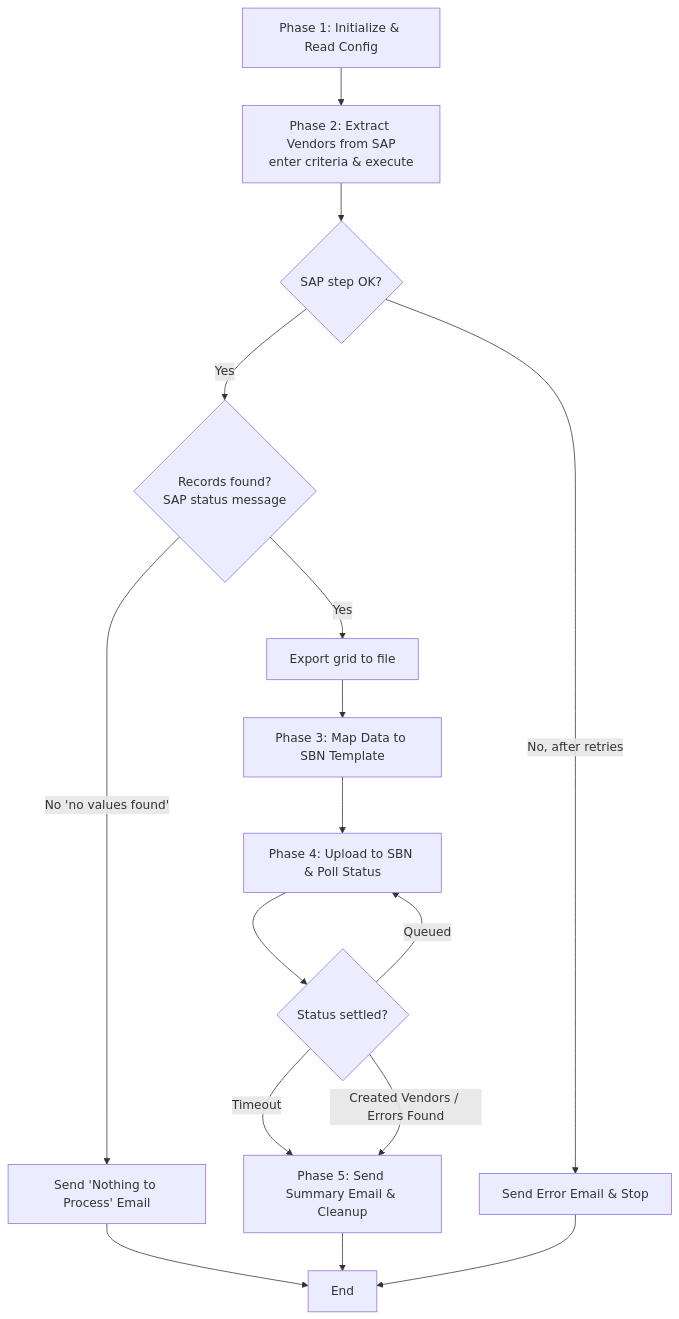
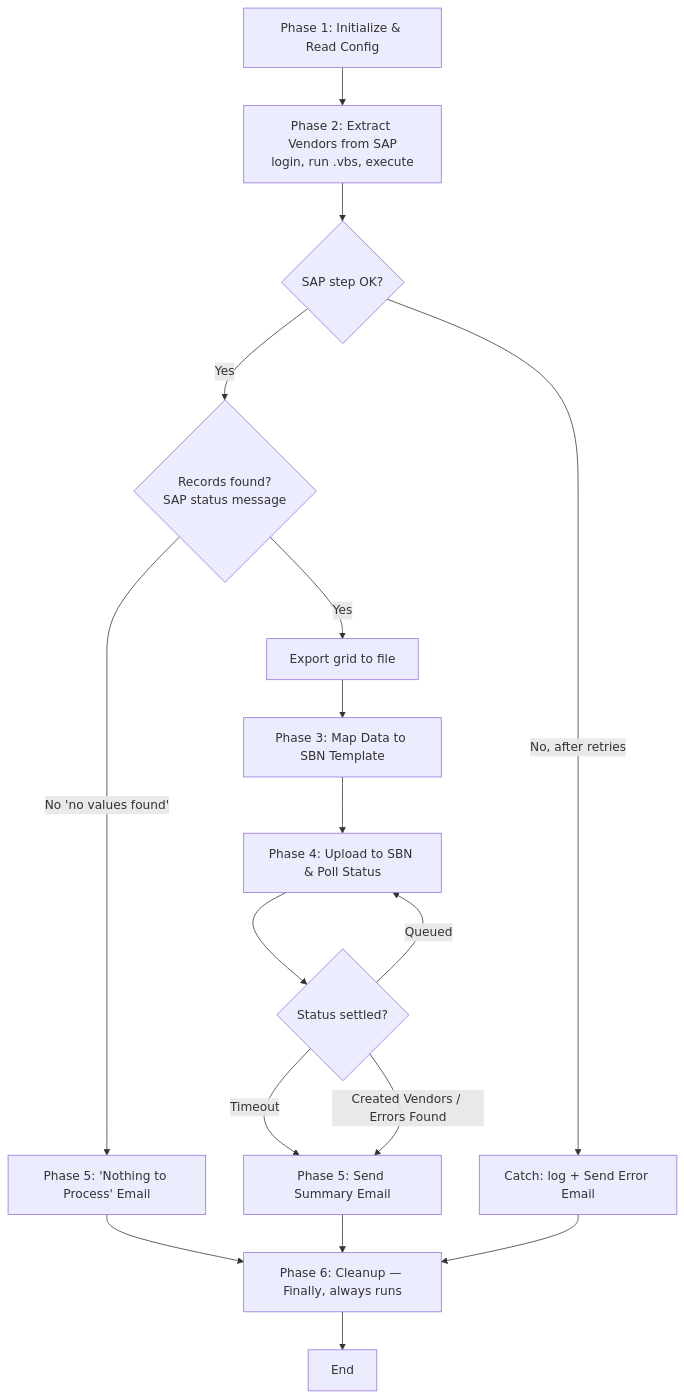
One commit to vitep111/RPA changed the diagram in vendor-sbn-upload-bot/docs/high-level-design.md. Above: the diagram before and after it, drawn with Mermaid. The commit also changed other lines of this file and 2 other files, not shown here.

First line of the commit message:
Revise Phase 2 high-level design after reviewer pass

````diff
--- a/vendor-sbn-upload-bot/docs/high-level-design.md
+++ b/vendor-sbn-upload-bot/docs/high-level-design.md
@@ -34,17 +45,21 @@
 ```mermaid
 graph TD
-    A[Phase 1: Initialize & Read Config] --> B[Phase 2: Extract Vendors from SAP<br/>enter criteria & execute]
+    A[Phase 1: Initialize & Read Config] --> B[Phase 2: Extract Vendors from SAP<br/>login, run .vbs, execute]
     B --> Bok{SAP step OK?}
-    Bok -->|No, after retries| ERR[Send Error Email & Stop]
+    Bok -->|No, after retries| CATCH[Catch: log + Send Error Email]
     Bok -->|Yes| Rec{Records found?<br/>SAP status message}
-    Rec -->|No 'no values found'| NP[Send 'Nothing to Process' Email]
+    Rec -->|No 'no values found'| NP[Phase 5: 'Nothing to Process' Email]
     Rec -->|Yes| Exp[Export grid to file] --> C[Phase 3: Map Data to SBN Template]
     C --> D[Phase 4: Upload to SBN & Poll Status]
     D --> Poll{Status settled?}
     Poll -->|Queued| D
     Poll -->|Timeout| E
-    Poll -->|Created Vendors / Errors Found| E[Phase 5: Send Summary Email & Cleanup]
-    NP --> F[End]
-    E --> F[End]
-    ERR --> F[End]
+    Poll -->|Created Vendors / Errors Found| E[Phase 5: Send Summary Email]
+    NP --> FIN
+    E --> FIN
+    CATCH --> FIN[Phase 6: Cleanup — Finally, always runs]
+    FIN --> F[End]
+
+    %% Note: an outer Try-Catch-Finally wraps Phases 1-5; a technical
+    %% failure in any phase routes to Catch, then Finally cleanup.
 ```
````
